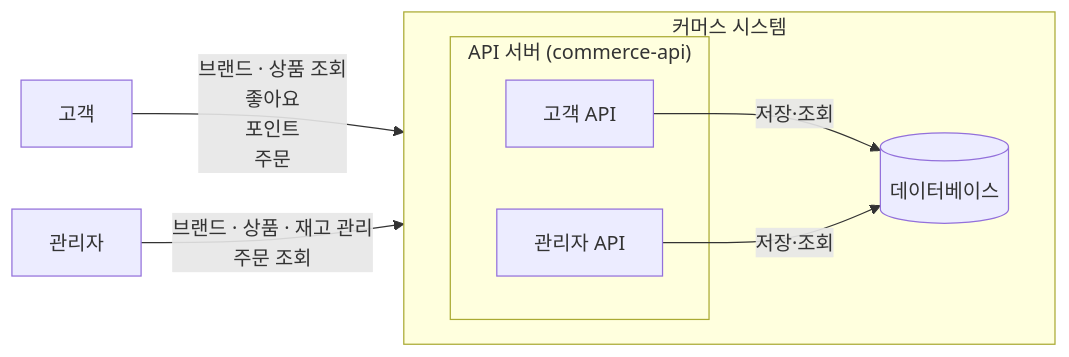
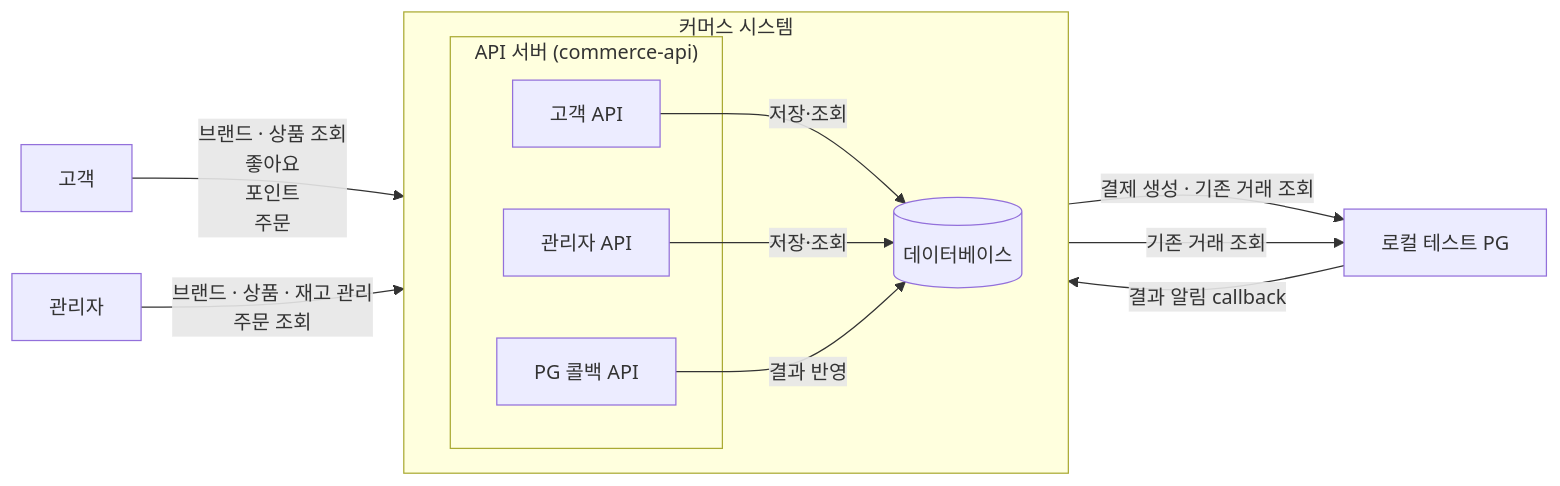
The diagram in docs/system-design/sections/01-overview.md (Jomeun/loop-pack-be-l2-vol5-java), drawn with Mermaid before and after one commit. The commit also changed other lines of this file and 9 other files, not shown here.

````diff
--- a/docs/system-design/sections/01-overview.md
+++ b/docs/system-design/sections/01-overview.md
@@ -13,22 +15,29 @@
 ```mermaid
 flowchart LR
     Customer[고객]
     Admin[관리자]
 
     subgraph CommerceSystem["커머스 시스템"]
         direction LR
 
         subgraph Server["API 서버 (commerce-api)"]
             CustomerApi[고객 API]
             AdminApi[관리자 API]
+            CallbackApi[PG 콜백 API]
         end
 
         DB[(데이터베이스)]
 
         CustomerApi -->|저장·조회| DB
         AdminApi -->|저장·조회| DB
+        CallbackApi -->|결과 반영| DB
     end
+
+    PG[로컬 테스트 PG]
 
     Customer -->|브랜드 · 상품 조회<br/>좋아요<br/>포인트<br/>주문| CustomerApi
     Admin -->|브랜드 · 상품 · 재고 관리<br/>주문 조회| AdminApi
+    CustomerApi -->|결제 생성 · 기존 거래 조회| PG
+    PG -->|결과 알림 callback| CallbackApi
+    CallbackApi -->|기존 거래 조회| PG
 ```
````
